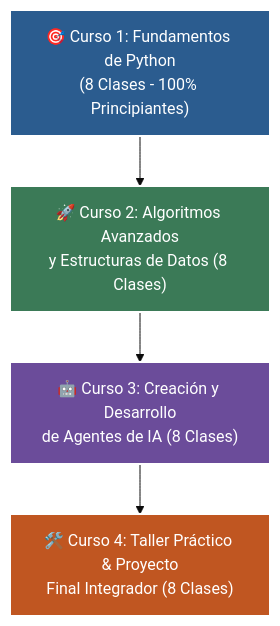
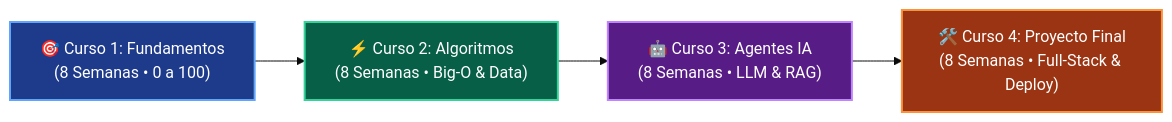
The second of 2 diagrams in README.md (wisrovi/wisrovi-python), drawn with Mermaid (base theme) before and after one commit. The commit also changed other lines of this file and 226 other files, not shown here.

Commit message:
docs: elevate all repository READMEs to world-class mastery standard with rich pedagogical architecture, custom Mermaids, and professional styling

````diff
--- a/README.md
+++ b/README.md
@@ -62,11 +71,11 @@
 ```mermaid
-flowchart TD
-    C1["🎯 Curso 1: Fundamentos de Python<br/>(8 Clases - 100% Principiantes)"] --> C2["🚀 Curso 2: Algoritmos Avanzados<br/>y Estructuras de Datos (8 Clases)"]
-    C2 --> C3["🤖 Curso 3: Creación y Desarrollo<br/>de Agentes de IA (8 Clases)"]
-    C3 --> C4["🛠️ Curso 4: Taller Práctico & Proyecto<br/>Final Integrador (8 Clases)"]
+flowchart LR
+    C1["🎯 Curso 1: Fundamentos<br/>(8 Semanas &bull; 0 a 100)"] --> C2["⚡ Curso 2: Algoritmos<br/>(8 Semanas &bull; Big-O & Data)"]
+    C2 --> C3["🤖 Curso 3: Agentes IA<br/>(8 Semanas &bull; LLM & RAG)"]
+    C3 --> C4["🛠️ Curso 4: Proyecto Final<br/>(8 Semanas &bull; Full-Stack & Deploy)"]
 
-    style C1 fill:#2b5c8f,color:#fff,stroke:#fff,stroke-width:2px
-    style C2 fill:#3b7a57,color:#fff,stroke:#fff,stroke-width:2px
-    style C3 fill:#6b4c9a,color:#fff,stroke:#fff,stroke-width:2px
-    style C4 fill:#c05621,color:#fff,stroke:#fff,stroke-width:2px
+    style C1 fill:#1e3a8a,color:#ffffff,stroke:#60a5fa,stroke-width:2px
+    style C2 fill:#065f46,color:#ffffff,stroke:#34d399,stroke-width:2px
+    style C3 fill:#581c87,color:#ffffff,stroke:#c084fc,stroke-width:2px
+    style C4 fill:#9a3412,color:#ffffff,stroke:#fb923c,stroke-width:2px
 ```
````
